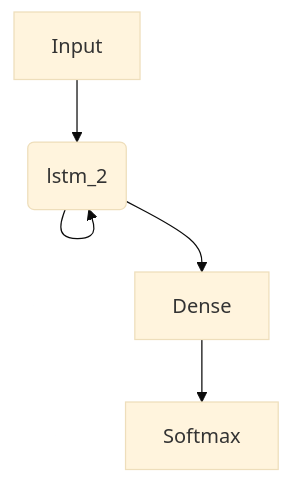
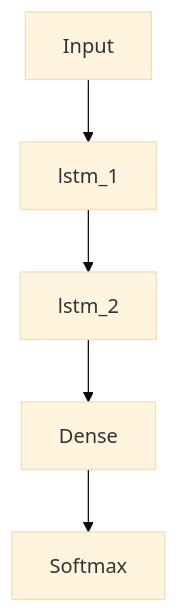
One commit to ezaki-lab/waveform-classification-sample changed the diagram in README.md. Above: the diagram before and after it, drawn with Mermaid (base theme).

Commit message:
Fix: モデルアーキテクチャ

````diff
--- a/README.md
+++ b/README.md
@@ -6,7 +6,7 @@
 ```mermaid
     graph TD;
-        Input-->LSTM(lstm_1);
-        LSTM(lstm_1)-->LSTM(lstm_2);
-        LSTM(lstm_2)-->Dense;
+        Input-->lstm_1;
+        lstm_1-->lstm_2;
+        lstm_2-->Dense;
         Dense-->Softmax;
 ```
````
